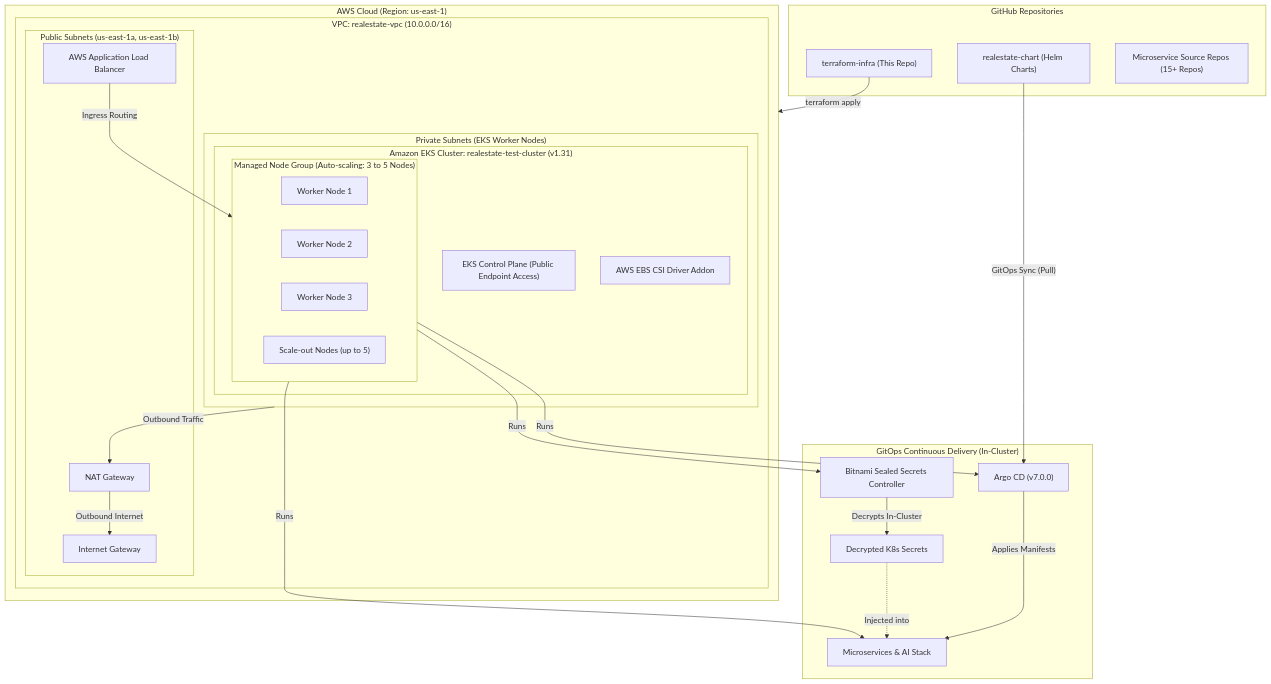
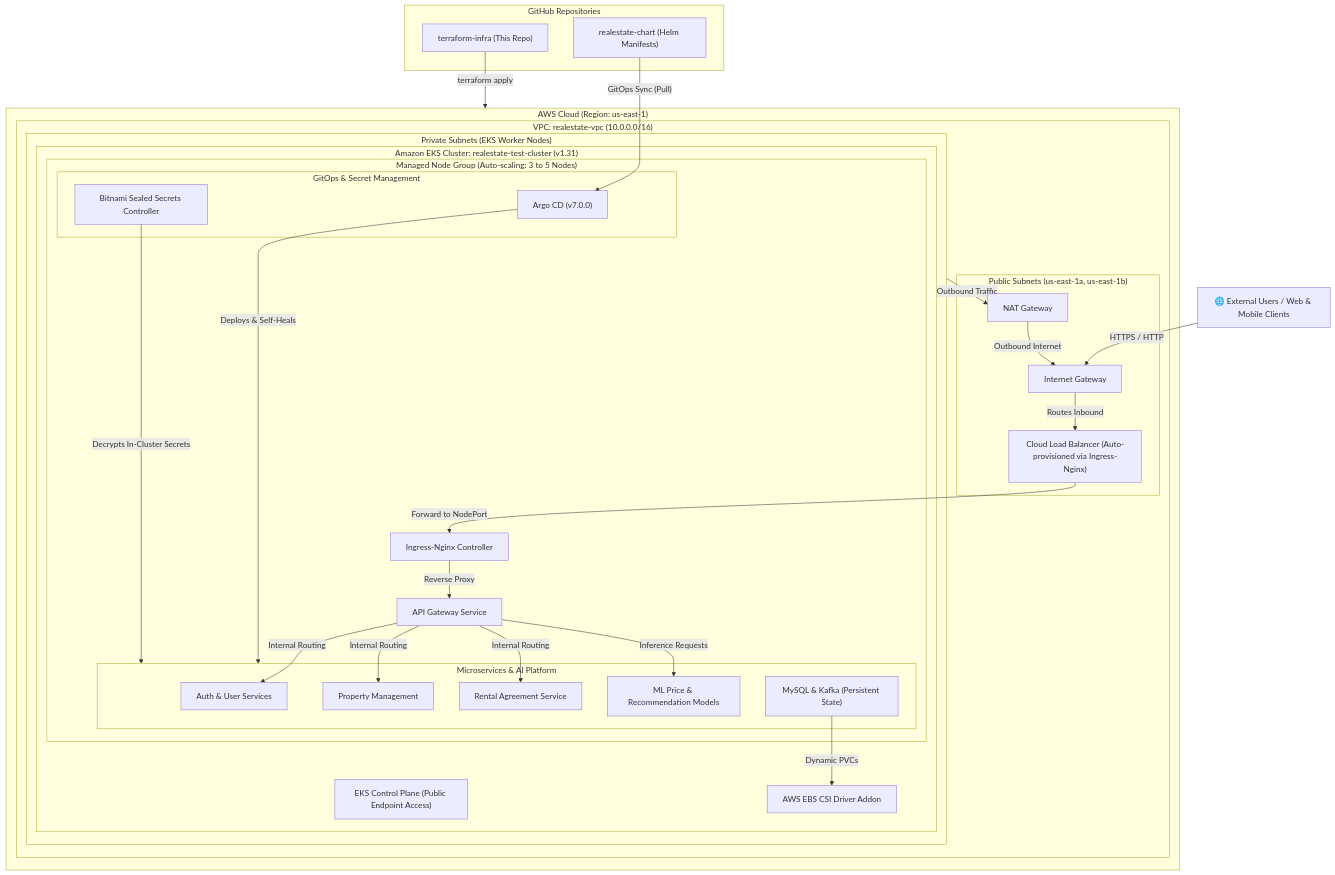
One commit to RealEstate-Rental-JunaidUth-version/Terraform-infrastructure changed the diagram in README.md. Above: the diagram before and after it, drawn with Mermaid. The commit also changed other lines of this file, not shown here.

Commit message:
update readme file

````diff
--- a/README.md
+++ b/README.md
@@ -17,52 +17,66 @@
 ```mermaid
 flowchart TD
+    Users["🌐 External Users / Web & Mobile Clients"]
+
     subgraph AWS["AWS Cloud (Region: us-east-1)"]
         subgraph VPC["VPC: realestate-vpc (10.0.0.0/16)"]
             
             subgraph PublicSubnets["Public Subnets (us-east-1a, us-east-1b)"]
                 IGW["Internet Gateway"]
+                CLB["Cloud Load Balancer (Auto-provisioned via Ingress-Nginx)"]
                 NAT["NAT Gateway"]
-                ALB["AWS Application Load Balancer"]
             end
 
             subgraph PrivateSubnets["Private Subnets (EKS Worker Nodes)"]
                 subgraph EKS["Amazon EKS Cluster: realestate-test-cluster (v1.31)"]
                     ControlPlane["EKS Control Plane (Public Endpoint Access)"]
                     EBSCSI["AWS EBS CSI Driver Addon"]
 
                     subgraph NodeGroup["Managed Node Group (Auto-scaling: 3 to 5 Nodes)"]
-                        Node1["Worker Node 1"]
-                        Node2["Worker Node 2"]
-                        Node3["Worker Node 3"]
-                        NodeAuto["Scale-out Nodes (up to 5)"]
+                        IngressNginx["Ingress-Nginx Controller"]
+                        GatewayService["API Gateway Service"]
+
+                        subgraph Microservices["Microservices & AI Platform"]
+                            AuthSvc["Auth & User Services"]
+                            PropertySvc["Property Management"]
+                            RentalSvc["Rental Agreement Service"]
+                            MLModels["ML Price & Recommendation Models"]
+                            DataStores["MySQL & Kafka (Persistent State)"]
+                        end
+
+                        subgraph GitOpsK8s["GitOps & Secret Management"]
+                            ArgoCD["Argo CD (v7.0.0)"]
+                            SealedController["Bitnami Sealed Secrets Controller"]
+                        end
                     end
                 end
             end
         end
     end
 
-    subgraph GitOps["GitOps Continuous Delivery (In-Cluster)"]
-        ArgoCD["Argo CD (v7.0.0)"]
-        SealedController["Bitnami Sealed Secrets Controller"]
-        K8sSecrets["Decrypted K8s Secrets"]
-        
-        ArgoCD -->|"Applies Manifests"| Microservices["Microservices & AI Stack"]
-        SealedController -->|"Decrypts In-Cluster"| K8sSecrets
-        K8sSecrets -.->|"Injected into"| Microservices
+    subgraph GitHub["GitHub Repositories"]
+        InfraRepo["terraform-infra (This Repo)"]
+        ChartRepo["realestate-chart (Helm Manifests)"]
     end
 
-    subgraph GitHub["GitHub Repositories"]
-        InfraRepo["terraform-infra (This Repo)"]
-        ChartRepo["realestate-chart (Helm Charts)"]
-        AppsRepo["Microservice Source Repos (15+ Repos)"]
-    end
+    %% Inbound User Traffic Flow
+    Users -->|"HTTPS / HTTP"| IGW
+    IGW -->|"Routes Inbound"| CLB
+    CLB -->|"Forward to NodePort"| IngressNginx
+    IngressNginx -->|"Reverse Proxy"| GatewayService
+    GatewayService -->|"Internal Routing"| AuthSvc
+    GatewayService -->|"Internal Routing"| PropertySvc
+    GatewayService -->|"Internal Routing"| RentalSvc
+    GatewayService -->|"Inference Requests"| MLModels
+    DataStores -->|"Dynamic PVCs"| EBSCSI
 
+    %% Outbound Egress Traffic Flow
+    PrivateSubnets -->|"Outbound Traffic"| NAT
+    NAT -->|"Outbound Internet"| IGW
+
+    %% GitOps Continuous Delivery Flow
     InfraRepo -->|"terraform apply"| AWS
     ChartRepo -->|"GitOps Sync (Pull)"| ArgoCD
-    NodeGroup -->|"Runs"| ArgoCD
-    NodeGroup -->|"Runs"| SealedController
-    NodeGroup -->|"Runs"| Microservices
-    ALB -->|"Ingress Routing"| NodeGroup
-    PrivateSubnets -->|"Outbound Traffic"| NAT
-    NAT -->|"Outbound Internet"| IGW
+    ArgoCD -->|"Deploys & Self-Heals"| Microservices
+    SealedController -->|"Decrypts In-Cluster Secrets"| Microservices
 ```
````
